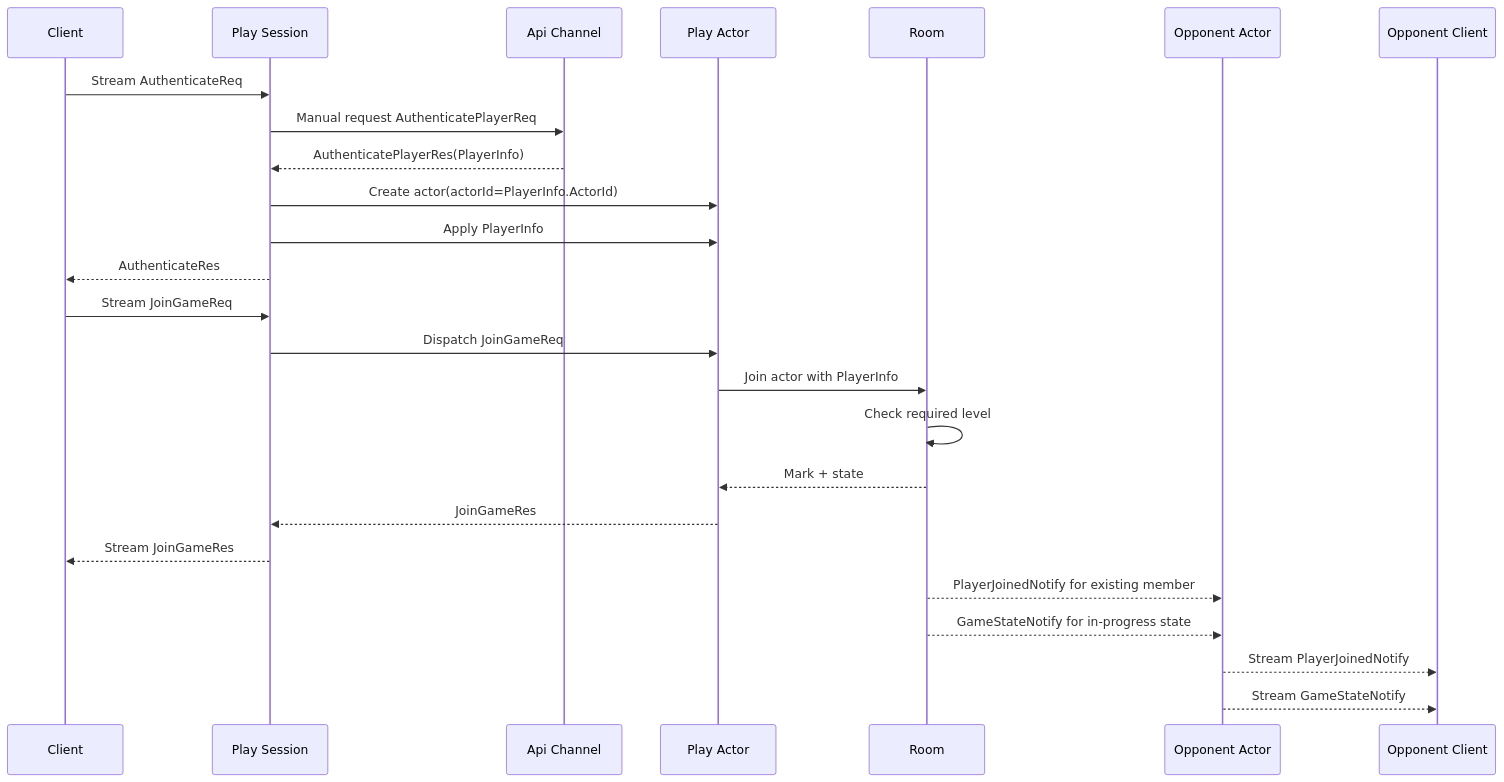
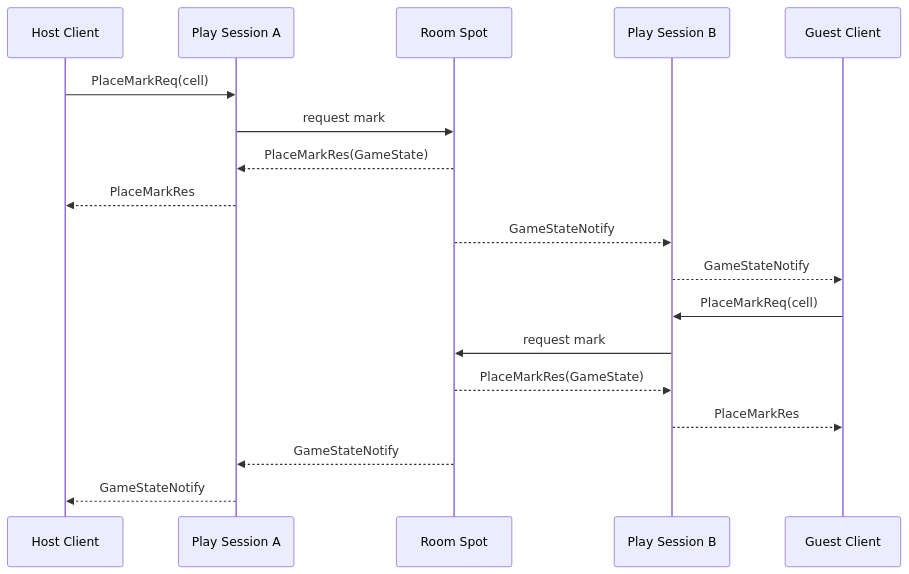
One commit to kairos-code-dev/zlink changed the third of 5 diagrams in framework/doc/framework/common/sample/tictactoe/README.ko.md. Above: the diagram before and after it, drawn with Mermaid. The commit also changed other lines of this file and 39 other files, not shown here.

````diff
--- a/framework/doc/framework/common/sample/tictactoe/README.ko.md
+++ b/framework/doc/framework/common/sample/tictactoe/README.ko.md
@@ -722,28 +352,21 @@
 ```mermaid
 sequenceDiagram
-    participant C as Client
-    participant S as Play Session
-    participant API as Api Channel
-    participant ACT as Play Actor
-    participant ROOM as Room
-    participant OACT as Opponent Actor
-    participant OC as Opponent Client
+    participant H as Host Client
+    participant P1 as Play Session A
+    participant R as Room Spot
+    participant P2 as Play Session B
+    participant G as Guest Client
 
-    C->>S: Stream AuthenticateReq
-    S->>API: Manual request AuthenticatePlayerReq
-    API-->>S: AuthenticatePlayerRes(PlayerInfo)
-    S->>ACT: Create actor(actorId=PlayerInfo.ActorId)
-    S->>ACT: Apply PlayerInfo
-    S-->>C: AuthenticateRes
-    C->>S: Stream JoinGameReq
-    S->>ACT: Dispatch JoinGameReq
-    ACT->>ROOM: Join actor with PlayerInfo
-    ROOM->>ROOM: Check required level
-    ROOM-->>ACT: Mark + state
-    ACT-->>S: JoinGameRes
-    S-->>C: Stream JoinGameRes
-    ROOM-->>OACT: PlayerJoinedNotify for existing member
-    ROOM-->>OACT: GameStateNotify for in-progress state
-    OACT-->>OC: Stream PlayerJoinedNotify
-    OACT-->>OC: Stream GameStateNotify
+    H->>P1: PlaceMarkReq(cell)
+    P1->>R: request mark
+    R-->>P1: PlaceMarkRes(GameState)
+    P1-->>H: PlaceMarkRes
+    R-->>P2: GameStateNotify
+    P2-->>G: GameStateNotify
+    G->>P2: PlaceMarkReq(cell)
+    P2->>R: request mark
+    R-->>P2: PlaceMarkRes(GameState)
+    P2-->>G: PlaceMarkRes
+    R-->>P1: GameStateNotify
+    P1-->>H: GameStateNotify
 ```
````
